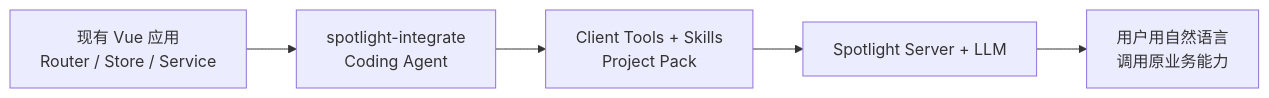
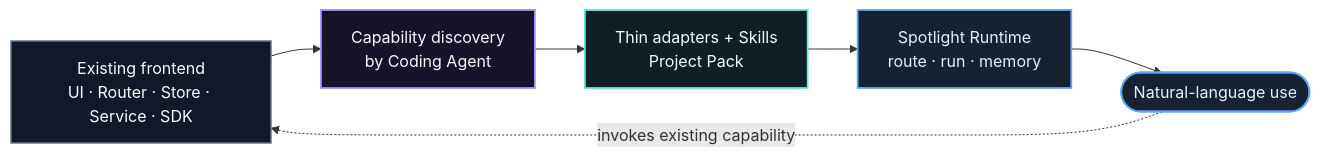
One commit to Inupedia/inupedia-spotlight changed the third of 4 diagrams in README.md. Above: the diagram before and after it, drawn with Mermaid. The commit also changed other lines of this file, not shown here.

Commit message:
docs: generalize positioning and redesign architecture diagrams

````diff
--- a/README.md
+++ b/README.md
@@ -66,7 +94,16 @@
 ```mermaid
 flowchart LR
-    APP["现有 Vue 应用<br/>Router / Store / Service"] --> DISTILL["spotlight-integrate<br/>Coding Agent"]
-    DISTILL --> ADAPTER["Client Tools + Skills<br/>Project Pack"]
-    ADAPTER --> RUNTIME["Spotlight Server + LLM"]
-    RUNTIME --> USER["用户用自然语言<br/>调用原业务能力"]
+    classDef source fill:#111827,stroke:#64748b,color:#f8fafc,stroke-width:1.5px;
+    classDef process fill:#17142a,stroke:#a78bfa,color:#f8fafc,stroke-width:1.8px;
+    classDef output fill:#0f1f24,stroke:#5eead4,color:#f8fafc,stroke-width:1.8px;
+    classDef runtime fill:#152231,stroke:#60a5fa,color:#e0f2fe,stroke-width:1.8px;
+
+    APP["Existing frontend<br/>UI · Router · Store · Service · SDK"]:::source
+    DISCOVER["Capability discovery<br/>by Coding Agent"]:::process
+    PACK["Thin adapters + Skills<br/>Project Pack"]:::output
+    SPOT["Spotlight Runtime<br/>route · run · memory"]:::runtime
+    USER(["Natural-language use"]):::runtime
+
+    APP --> DISCOVER --> PACK --> SPOT --> USER
+    USER -. invokes existing capability .-> APP
 ```
````
